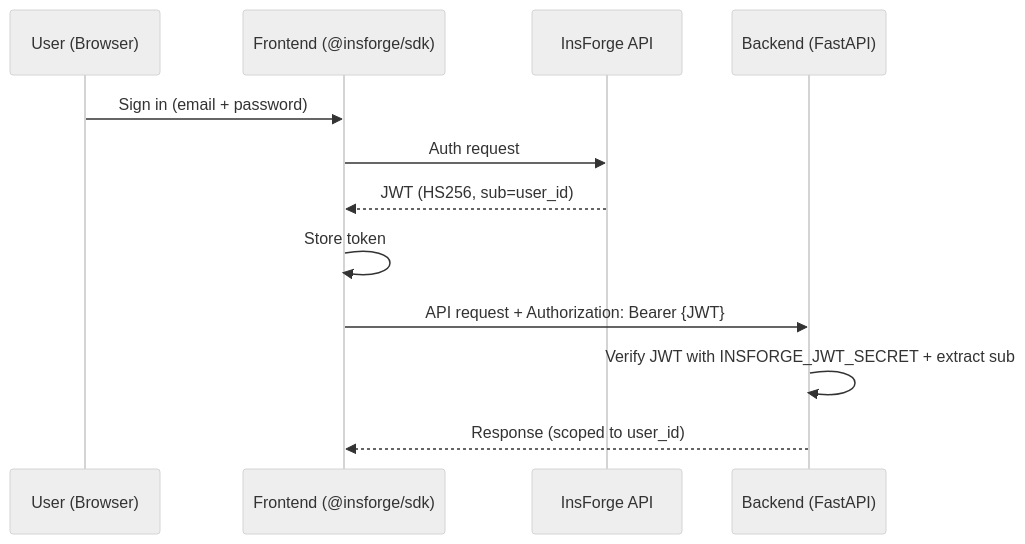
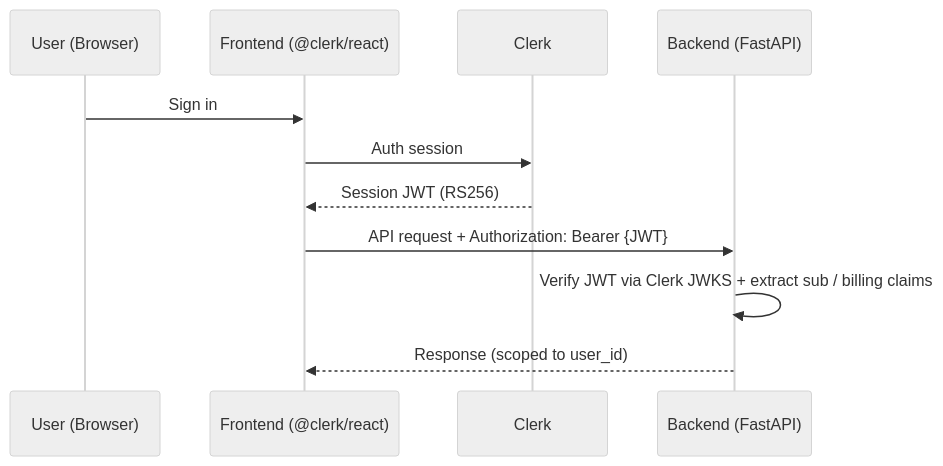
Diagram 13 of 14 in README.md (ayushozha/hituto), drawn with Mermaid (neutral theme) before and after one commit. The commit also changed other lines of this file, not shown here.

````diff
--- a/README.md
+++ b/README.md
@@ -1066,15 +1078,14 @@
 ```mermaid
 sequenceDiagram
     participant U as User (Browser)
-    participant FE as Frontend (@insforge/sdk)
-    participant IF as InsForge API
+    participant FE as Frontend (@clerk/react)
+    participant CL as Clerk
     participant BE as Backend (FastAPI)
 
-    U->>FE: Sign in (email + password)
-    FE->>IF: Auth request
-    IF-->>FE: JWT (HS256, sub=user_id)
-    FE->>FE: Store token
+    U->>FE: Sign in
+    FE->>CL: Auth session
+    CL-->>FE: Session JWT (RS256)
     FE->>BE: API request + Authorization: Bearer {JWT}
-    BE->>BE: Verify JWT with INSFORGE_JWT_SECRET + extract sub
+    BE->>BE: Verify JWT via Clerk JWKS + extract sub / billing claims
     BE-->>FE: Response (scoped to user_id)
 ```
````
